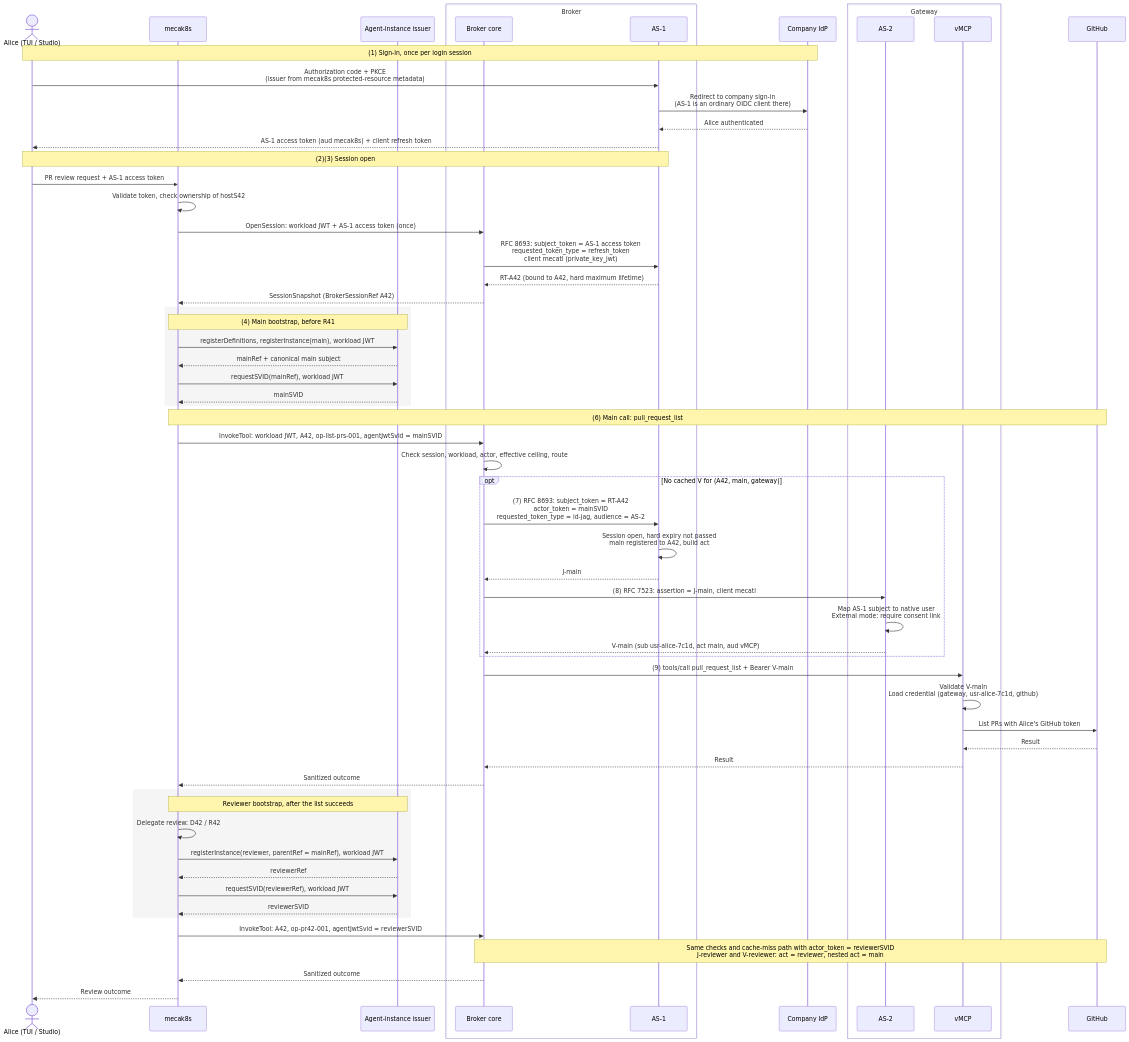
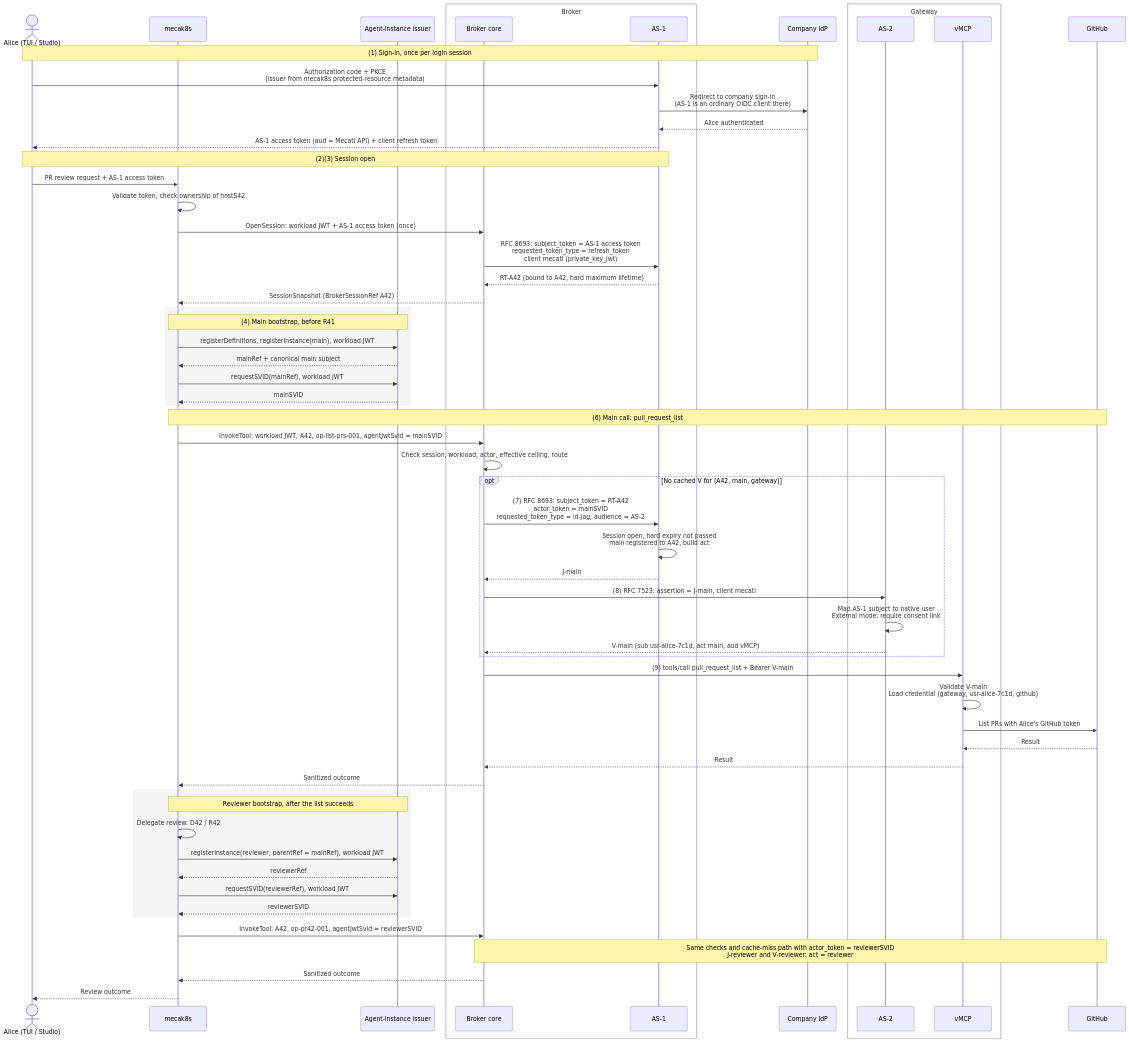
Before and after one commit to stacklok/mecatl: the diagram in docs/drafts/agent-identity/credentials-and-lifecycle.md, drawn with Mermaid. The commit also changed other lines of this file and 7 other files, not shown here.

````diff
--- a/docs/drafts/agent-identity/credentials-and-lifecycle.md
+++ b/docs/drafts/agent-identity/credentials-and-lifecycle.md
@@ -46,70 +46,70 @@
 ```mermaid
 sequenceDiagram
     actor U as Alice (TUI / Studio)
     participant H as mecak8s
     participant I as Agent-instance issuer
     box Broker
         participant B as Broker core
         participant A1 as AS-1
     end
     participant IdP as Company IdP
     box Gateway
         participant A2 as AS-2
         participant V as vMCP
     end
     participant G as GitHub
 
     Note over U,IdP: (1) Sign-in, once per login session
     U->>A1: Authorization code + PKCE<br/>(issuer from mecak8s protected-resource metadata)
     A1->>IdP: Redirect to company sign-in<br/>(AS-1 is an ordinary OIDC client there)
     IdP-->>A1: Alice authenticated
-    A1-->>U: AS-1 access token (aud mecak8s) + client refresh token
+    A1-->>U: AS-1 access token (aud = Mecatl API) + client refresh token
 
     Note over U,A1: (2)(3) Session open
     U->>H: PR review request + AS-1 access token
     H->>H: Validate token, check ownership of hostS42
     H->>B: OpenSession: workload JWT + AS-1 access token (once)
     B->>A1: RFC 8693: subject_token = AS-1 access token<br/>requested_token_type = refresh_token<br/>client mecatl (private_key_jwt)
     A1-->>B: RT-A42 (bound to A42, hard maximum lifetime)
     B-->>H: SessionSnapshot (BrokerSessionRef A42)
 
     rect rgb(245, 245, 245)
         Note over H,I: (4) Main bootstrap, before R41
         H->>I: registerDefinitions, registerInstance(main), workload JWT
         I-->>H: mainRef + canonical main subject
         H->>I: requestSVID(mainRef), workload JWT
         I-->>H: mainSVID
     end
 
     Note over H,G: (6) Main call: pull_request_list
     H->>B: InvokeTool: workload JWT, A42, op-list-prs-001, agentJwtSvid = mainSVID
     B->>B: Check session, workload, actor, effective ceiling, route
     opt No cached V for (A42, main, gateway)
         B->>A1: (7) RFC 8693: subject_token = RT-A42<br/>actor_token = mainSVID<br/>requested_token_type = id-jag, audience = AS-2
         A1->>A1: Session open, hard expiry not passed<br/>main registered to A42, build act
         A1-->>B: J-main
         B->>A2: (8) RFC 7523: assertion = J-main, client mecatl
         A2->>A2: Map AS-1 subject to native user<br/>External mode: require consent link
         A2-->>B: V-main (sub usr-alice-7c1d, act main, aud vMCP)
     end
     B->>V: (9) tools/call pull_request_list + Bearer V-main
     V->>V: Validate V-main<br/>Load credential (gateway, usr-alice-7c1d, github)
     V->>G: List PRs with Alice's GitHub token
     G-->>V: Result
     V-->>B: Result
     B-->>H: Sanitized outcome
 
     rect rgb(245, 245, 245)
         Note over H,I: Reviewer bootstrap, after the list succeeds
         H->>H: Delegate review: D42 / R42
         H->>I: registerInstance(reviewer, parentRef = mainRef), workload JWT
         I-->>H: reviewerRef
         H->>I: requestSVID(reviewerRef), workload JWT
         I-->>H: reviewerSVID
     end
 
     H->>B: InvokeTool: A42, op-pr42-001, agentJwtSvid = reviewerSVID
-    Note over B,G: Same checks and cache-miss path with actor_token = reviewerSVID<br/>J-reviewer and V-reviewer: act = reviewer, nested act = main
+    Note over B,G: Same checks and cache-miss path with actor_token = reviewerSVID<br/>J-reviewer and V-reviewer: act = reviewer
     B-->>H: Sanitized outcome
     H-->>U: Review outcome
 ```
````
